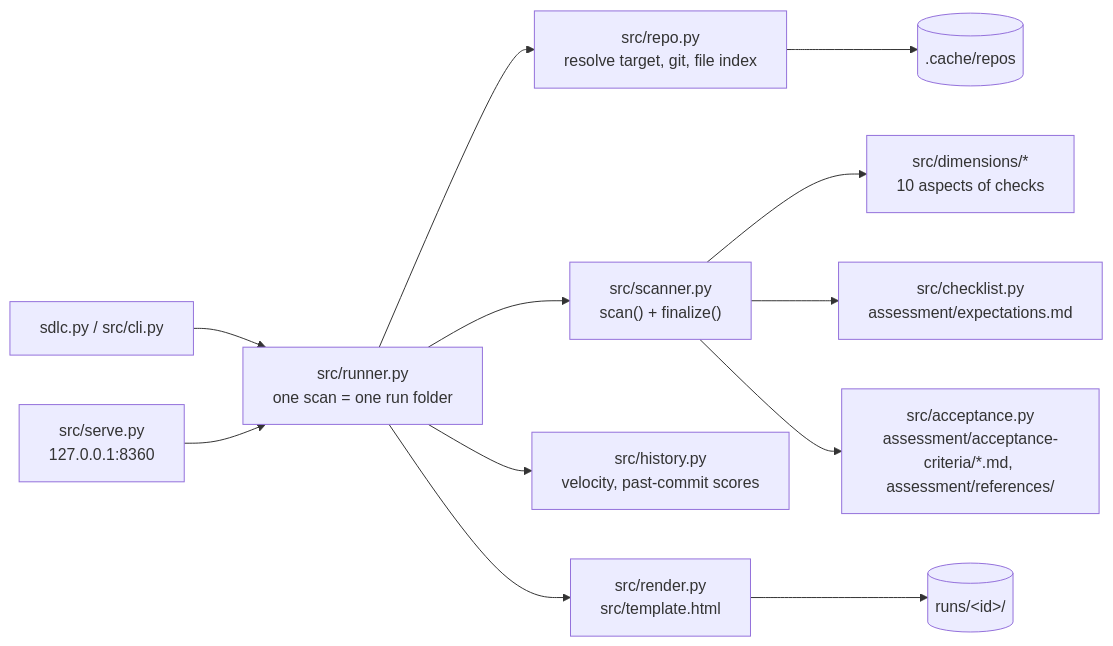
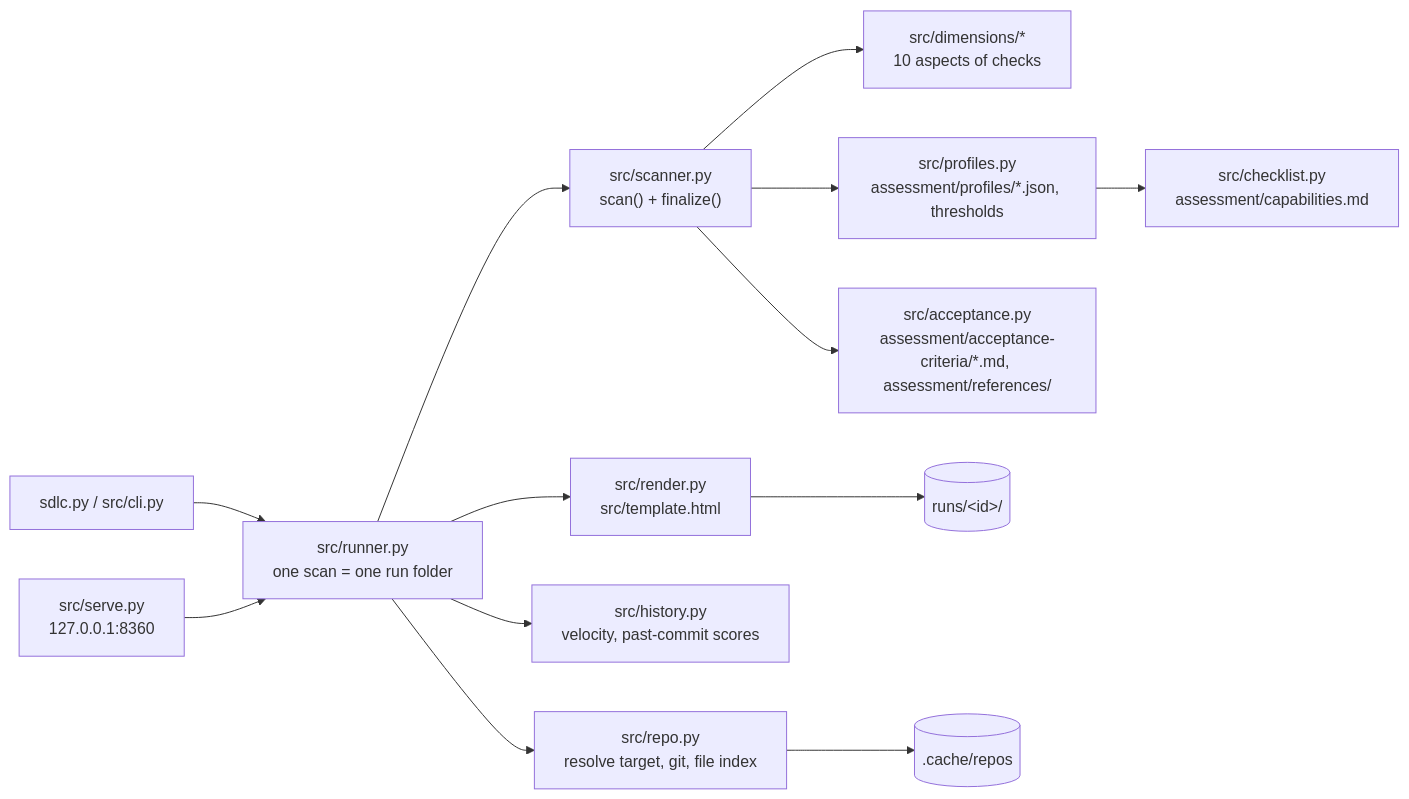
The first of 2 diagrams in docs/architecture.md (dryabokon/SDLC360), drawn with Mermaid before and after one commit. The commit also changed other lines of this file and 45 other files, not shown here.

First line of the commit message:
Capabilities and profiles: configure the assessment in the app

````diff
--- a/docs/architecture.md
+++ b/docs/architecture.md
@@ -8,14 +8,15 @@
 ```mermaid
 flowchart LR
     CLI["sdlc.py / src/cli.py"] --> Runner
     Web["src/serve.py<br/>127.0.0.1:8360"] --> Runner
     Runner["src/runner.py<br/>one scan = one run folder"] --> Repo["src/repo.py<br/>resolve target, git, file index"]
     Runner --> Scanner["src/scanner.py<br/>scan() + finalize()"]
     Runner --> History["src/history.py<br/>velocity, past-commit scores"]
     Scanner --> Dims["src/dimensions/*<br/>10 aspects of checks"]
-    Scanner --> Checklist["src/checklist.py<br/>assessment/expectations.md"]
+    Scanner --> Profiles["src/profiles.py<br/>assessment/profiles/*.json, thresholds"]
+    Profiles --> Checklist["src/checklist.py<br/>assessment/capabilities.md"]
     Scanner --> Acceptance["src/acceptance.py<br/>assessment/acceptance-criteria/*.md, assessment/references/"]
     Runner --> Render["src/render.py<br/>src/template.html"]
     Render --> Runs[("runs/&lt;id&gt;/")]
     Repo --> Cache[(".cache/repos")]
 ```
````
